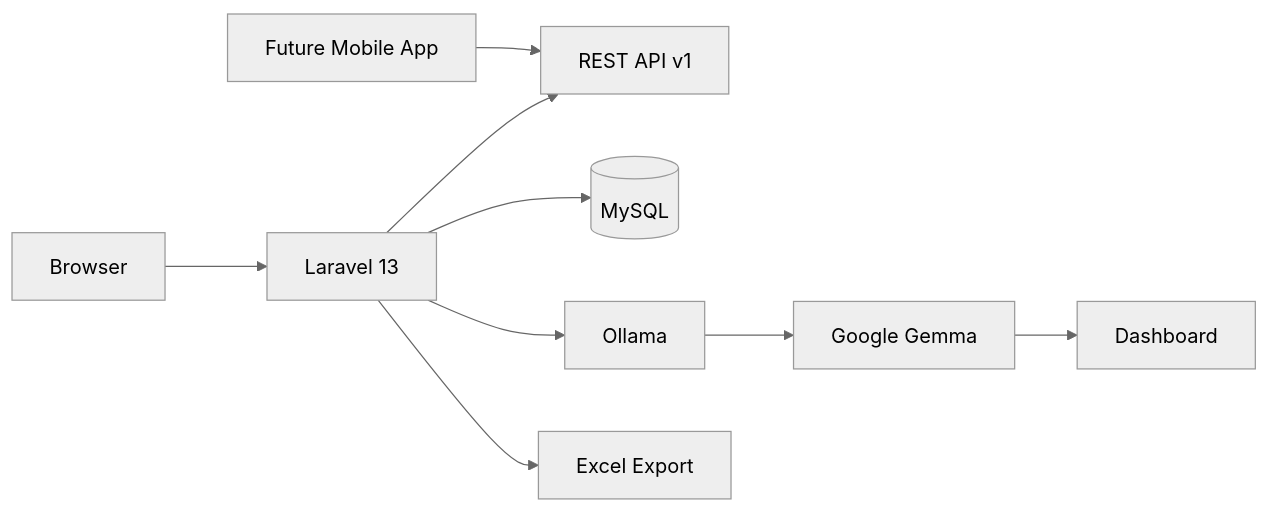
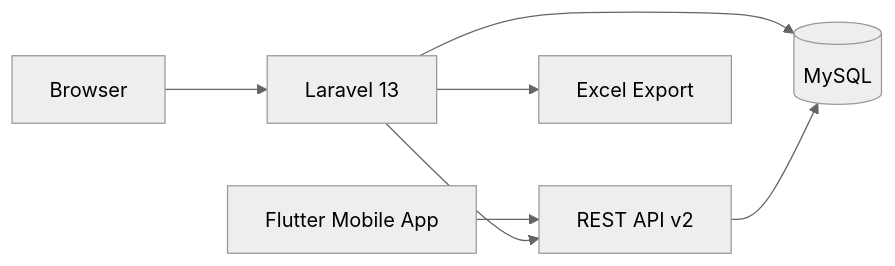
Before and after one commit to ramjitampan/BMTA-Bensin-monitoring-Telkom-akses-: the third of 3 diagrams in README.md, drawn with Mermaid (neutral theme). The commit also changed other lines of this file, not shown here.

Commit message:
docs: update README — v2.1 REST API, anomaly detection, remove AI, add Flutter response format

````diff
--- a/README.md
+++ b/README.md
@@ -226,11 +273,9 @@
 ```mermaid
 flowchart LR
     A[Browser] --> B[Laravel 13]
-    I[Future Mobile App] --> C[REST API v1]
-    B --> D[(MySQL)]
-    B --> C
-    B --> E[Ollama]
-    E --> F[Google Gemma]
-    F --> G[Dashboard]
-    B --> H[Excel Export]
+    C[Flutter Mobile App] --> D[REST API v2]
+    B --> E[(MySQL)]
+    B --> D
+    B --> F[Excel Export]
+    D --> E
 ```
````
